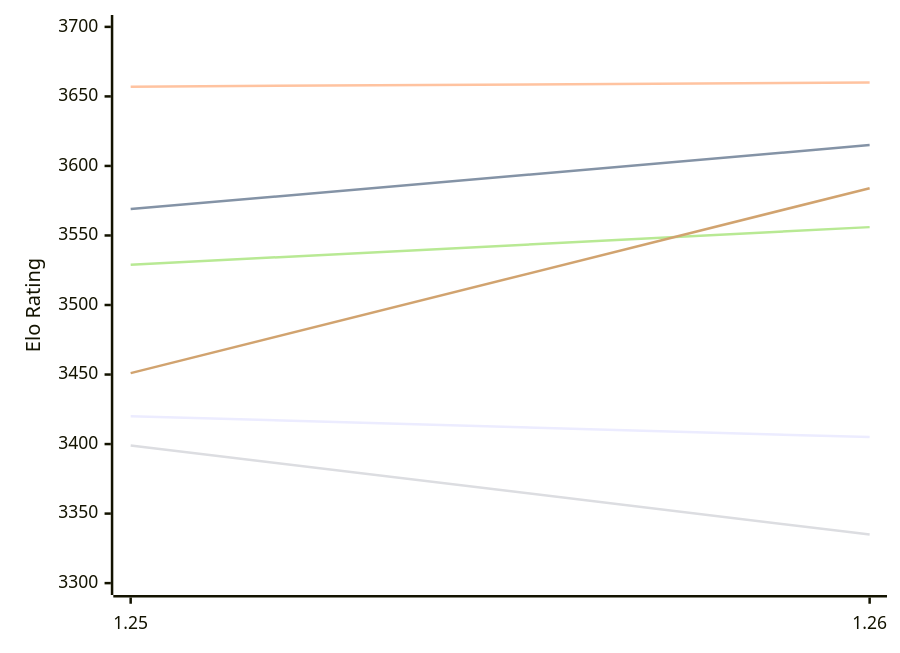
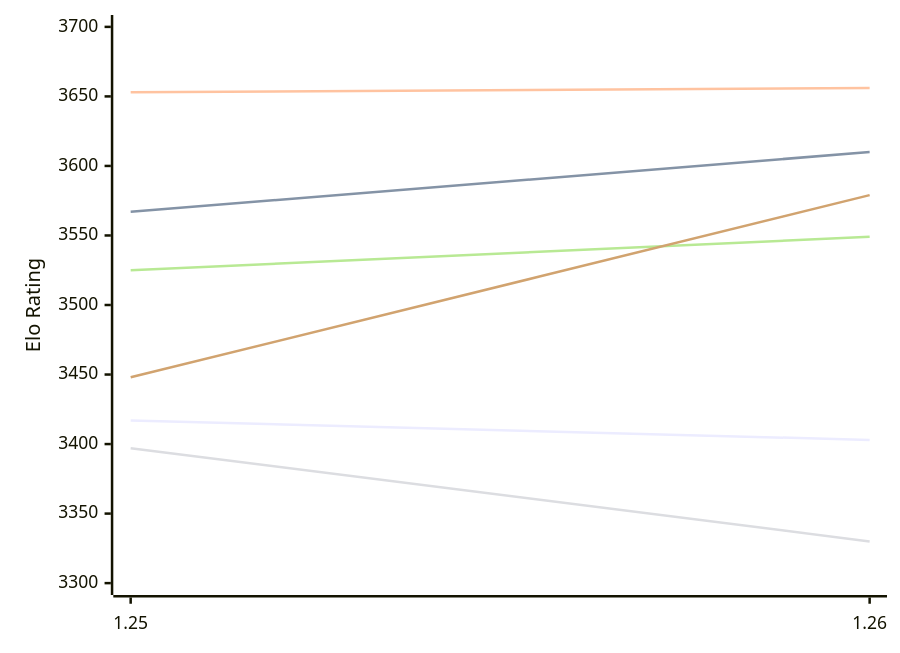
One commit to computer-chess-index/cci changed the first of 2 diagrams in engines/Caissa.md. Above: the diagram before and after it, drawn with Mermaid. The commit also changed other lines of this file, not shown here.

Commit message:
Update CCI Ratings (ELO VLTC) - 2026-11-19

````diff
--- a/engines/Caissa.md
+++ b/engines/Caissa.md
@@ -56,12 +56,12 @@
 ```mermaid
 %%{init: {"theme":"base","themeVariables":{"seriesColors:['#a3a3a3','#222221','#faa371']}}}%%
 xychart-beta
   x-axis ["1.25", "1.26"]
   y-axis "Elo Rating" 3300 --> 3700
-  line "E1: STC (8.0+0.08s)" [3420, 3405]
-  line "E1: LTC (60.0+0.60s)" [3569, 3615]
-  line "E1: VLTC (2m24s+1.12s)" [3657, 3660]
-  line "P1: STC (8.0+0.08s)" [3399, 3335]
-  line "P1: LTC (60.0+0.60s)" [3529, 3556]
-  line "P1: VLTC (2m24s+1.12s)" [3451, 3584]
+  line "E1: STC (8.0+0.08s)" [3417, 3403]
+  line "E1: LTC (60.0+0.60s)" [3567, 3610]
+  line "E1: VLTC (2m24s+1.12s)" [3653, 3656]
+  line "P1: STC (8.0+0.08s)" [3397, 3330]
+  line "P1: LTC (60.0+0.60s)" [3525, 3549]
+  line "P1: VLTC (2m24s+1.12s)" [3448, 3579]
 ```
````
